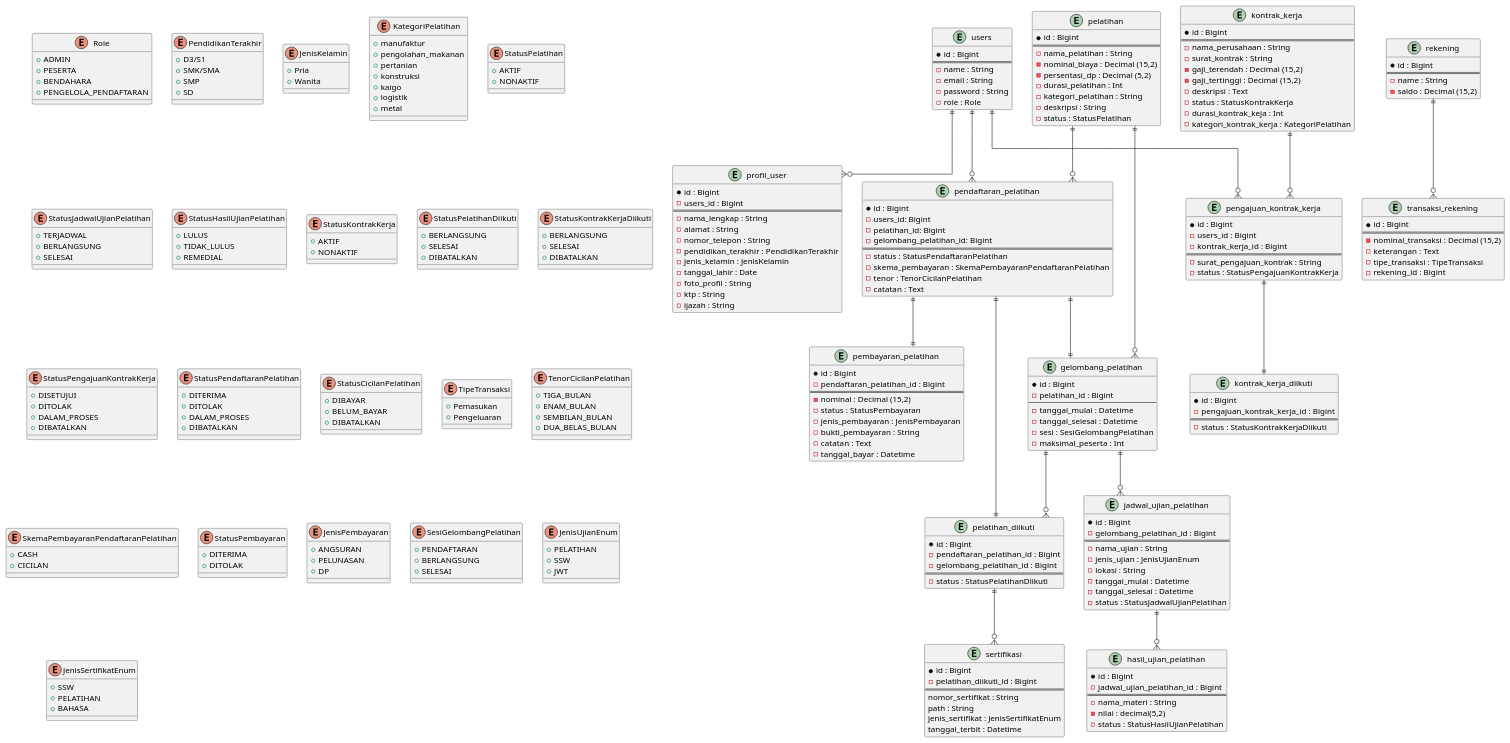
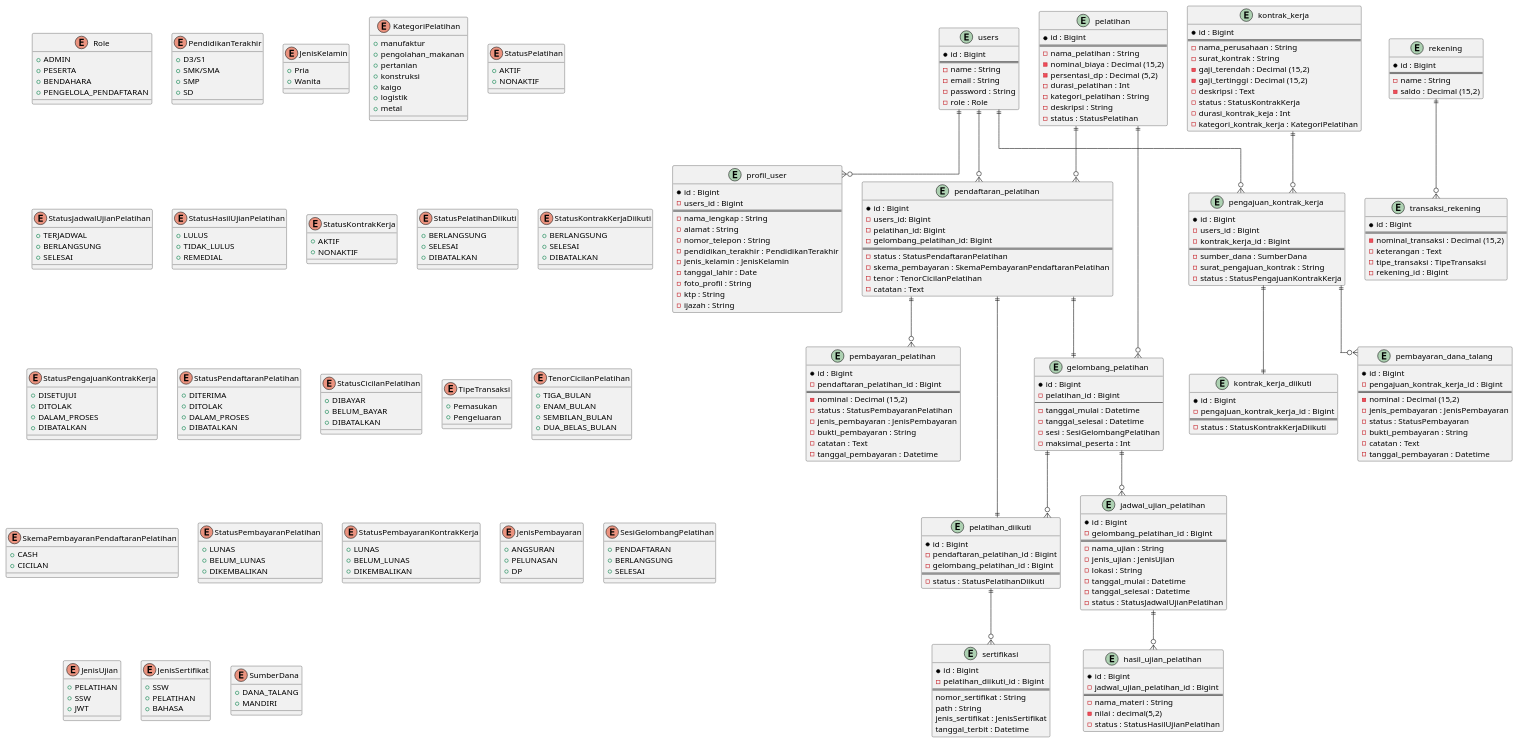
One commit to fpbismyname/emje-web changed the diagram in docs/erd/emje_erd.puml. Above: the diagram before and after it, drawn with PlantUML. The commit also changed 44 other files, not shown here.

```diff
--- a/docs/erd/emje_erd.puml
+++ b/docs/erd/emje_erd.puml
@@ -125,14 +125,22 @@
     +CASH
     +CICILAN
 }
-' Table pembayaran_pendaftaran
-' enum pembayaran_pendaftaran.status
-enum StatusPembayaran{
-    +DITERIMA
-    +DITOLAK
+' Table pembayaran_pelatihan
+' enum pembayaran_pelatihan.status
+enum StatusPembayaranPelatihan{
+    +LUNAS
+    +BELUM_LUNAS
+    +DIKEMBALIKAN
 }
-' Table pembayaran_pendaftaran
-' enum pembayaran_pendaftaran.metode_pembayaran
+' Table pembayaran_kontrak_kerja
+' enum pembayaran_kontrak_kerja.status
+enum StatusPembayaranKontrakKerja{
+    +LUNAS
+    +BELUM_LUNAS
+    +DIKEMBALIKAN
+}
+' Table pembayaran_pelatihan
+' enum pembayaran_pelatihan.metode_pembayaran
 enum JenisPembayaran{
     +ANGSURAN
     +PELUNASAN
@@ -147,17 +155,23 @@
 }
 ' Table jadwal_ujian_pelatihan
 ' enum jadwal_ujian_pelatihan.jenis_ujian
-enum JenisUjianEnum{
+enum JenisUjian{
     +PELATIHAN
     +SSW
     +JWT
 }
 ' Table sertifikasi
 ' enum sertifikasi.jenis_sertifikat
-enum JenisSertifikatEnum{
+enum JenisSertifikat{
     +SSW
     +PELATIHAN
     +BAHASA
+}
+' Table pengajuan_kontrak_kerja
+' enum pengajuan_kontrak_kerja.sumber_dana
+enum SumberDana{
+    +DANA_TALANG
+    +MANDIRI
 }
 
 
@@ -219,11 +233,11 @@
     -pendaftaran_pelatihan_id : Bigint
     ===
     -nominal : Decimal (15,2)
-    -status : StatusPembayaran
+    -status : StatusPembayaranPelatihan
     -jenis_pembayaran : JenisPembayaran
     -bukti_pembayaran : String
     -catatan : Text
-    -tanggal_bayar : Datetime
+    -tanggal_pembayaran : Datetime
 }
 entity pelatihan_diikuti{
     *id : Bigint
@@ -246,7 +260,7 @@
     -gelombang_pelatihan_id : Bigint
     ===
     -nama_ujian : String
-    -jenis_ujian : JenisUjianEnum
+    -jenis_ujian : JenisUjian
     -lokasi : String
     -tanggal_mulai : Datetime
     -tanggal_selesai : Datetime
@@ -266,7 +280,7 @@
     ===
     nomor_sertifikat : String
     path : String
-    jenis_sertifikat : JenisSertifikatEnum
+    jenis_sertifikat : JenisSertifikat
     tanggal_terbit : Datetime
 }
 
@@ -276,6 +290,7 @@
     -users_id : Bigint
     -kontrak_kerja_id : Bigint
     ===
+    -sumber_dana : SumberDana
     -surat_pengajuan_kontrak : String
     -status : StatusPengajuanKontrakKerja
 }
@@ -298,6 +313,17 @@
     -pengajuan_kontrak_kerja_id : Bigint
     ===
     -status : StatusKontrakKerjaDiikuti
+}
+entity pembayaran_dana_talang{
+    *id : Bigint
+    -pengajuan_kontrak_kerja_id : Bigint
+    ===
+    -nominal : Decimal (15,2)
+    -jenis_pembayaran : JenisPembayaran
+    -status : StatusPembayaran
+    -bukti_pembayaran : String
+    -catatan : Text
+    -tanggal_pembayaran : Datetime
 }
 
 ' Rekening flow
@@ -330,7 +356,7 @@
 pendaftaran_pelatihan ||--|| gelombang_pelatihan
 pelatihan ||--o{ pendaftaran_pelatihan
 pelatihan ||--o{ gelombang_pelatihan
-pendaftaran_pelatihan ||--|| pembayaran_pelatihan
+pendaftaran_pelatihan ||--o{ pembayaran_pelatihan
 gelombang_pelatihan ||--o{ pelatihan_diikuti
 pelatihan_diikuti ||--o{ sertifikasi
 gelombang_pelatihan ||--o{ jadwal_ujian_pelatihan
@@ -340,6 +366,7 @@
 users ||--o{ pengajuan_kontrak_kerja
 kontrak_kerja ||--o{ pengajuan_kontrak_kerja
 pengajuan_kontrak_kerja ||--|| kontrak_kerja_diikuti
+pengajuan_kontrak_kerja ||--o{ pembayaran_dana_talang
 
 ' Flow rekening
 rekening ||--o{ transaksi_rekening
```
